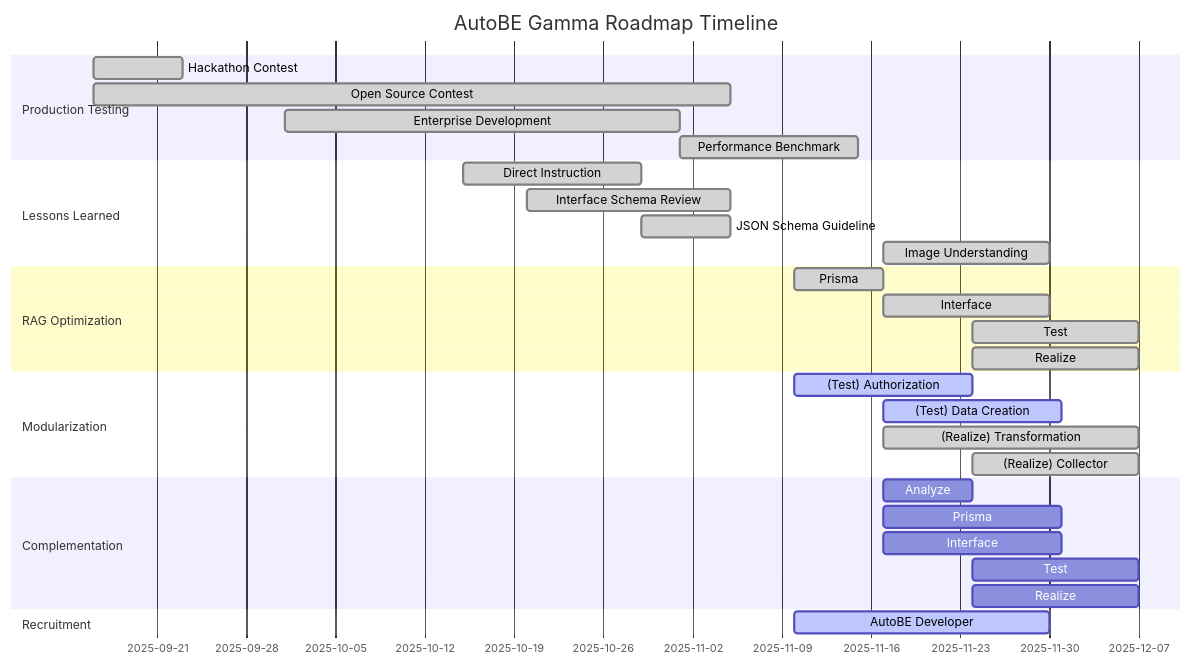
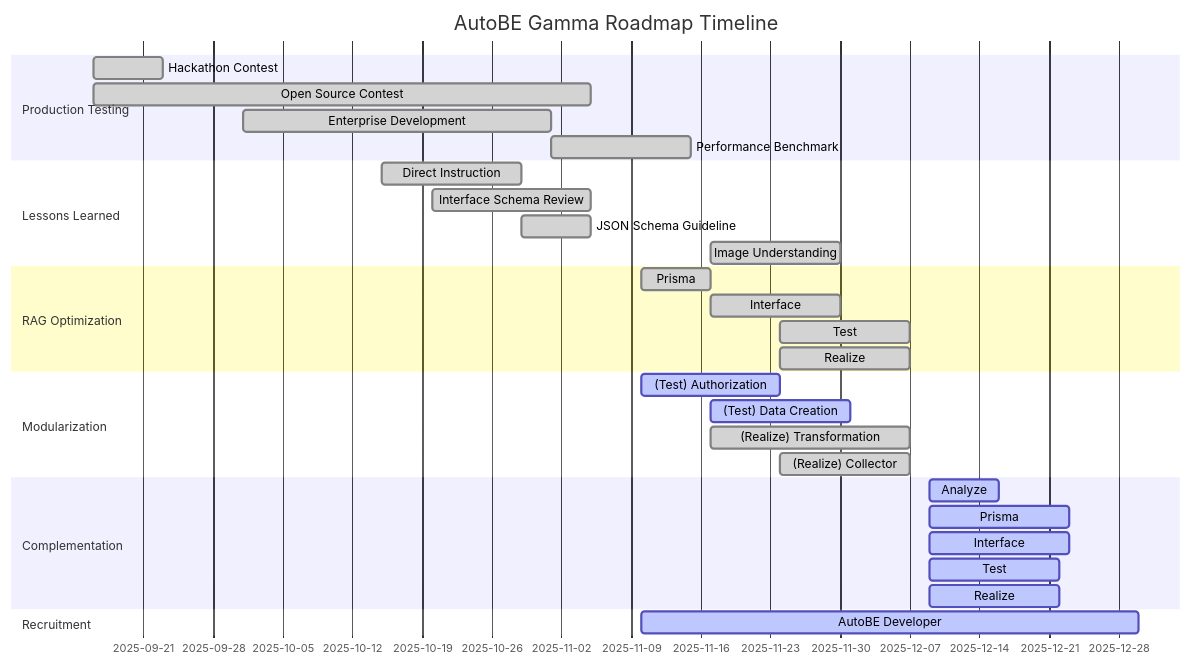
Before and after one commit to wrtnlabs/autobe: the second of 2 diagrams in README.md, drawn with Mermaid. The commit also changed 5 other files, not shown here.

````diff
--- a/README.md
+++ b/README.md
@@ -175,39 +175,39 @@
 ```mermaid
 gantt
   dateFormat YYYY-MM-DD
   title AutoBE Gamma Roadmap Timeline
 
   section Production Testing
   Hackathon Contest     : done, 2025-09-16,  7d
   Open Source Contest   : done, 2025-09-16, 50d
   Enterprise Development: done, 2025-10-01, 31d
   Performance Benchmark : done, 2025-11-01, 14d
   
   section Lessons Learned
   Direct Instruction     : done, 2025-10-15, 14d
   Interface Schema Review: done, 2025-10-20, 16d
   JSON Schema Guideline  : done, 2025-10-29,  7d
   Image Understanding    : done, 2025-11-17, 13d
 
   section RAG Optimization
   Prisma   : done, 2025-11-10,  7d
   Interface: done, 2025-11-17, 13d
   Test     : done, 2025-11-24, 13d
   Realize  : done, 2025-11-24, 13d
 
   section Modularization
   (Test) Authorization    : active, 2025-11-10, 14d
   (Test) Data Creation    : active, 2025-11-17, 14d
   (Realize) Transformation: done,   2025-11-17, 20d
   (Realize) Collector     : done, 2025-11-24, 13d
 
   section Complementation
-  Analyze  : planned, 2025-11-17,  7d
-  Prisma   : planned, 2025-11-17, 14d
-  Interface: planned, 2025-11-17, 14d
-  Test     : planned, 2025-11-24, 13d
-  Realize  : planned, 2025-11-24, 13d
+  Analyze  : active, 2025-12-09,  7d
+  Prisma   : active, 2025-12-09, 14d
+  Interface: active, 2025-12-09, 14d
+  Test     : active, 2025-12-09, 13d
+  Realize  : active, 2025-12-09, 13d
 
   section Recruitment
-  AutoBE Developer: active, 2025-11-10, 20d
+  AutoBE Developer: active, 2025-11-10, 50d
 ```
````
